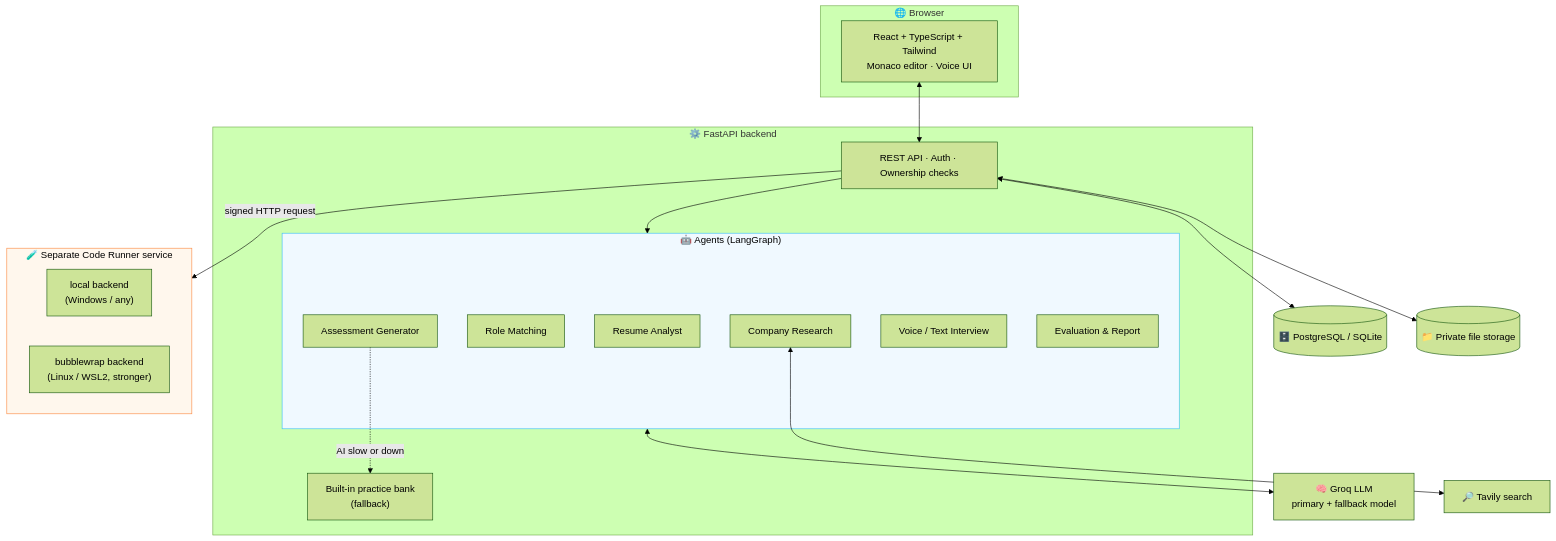
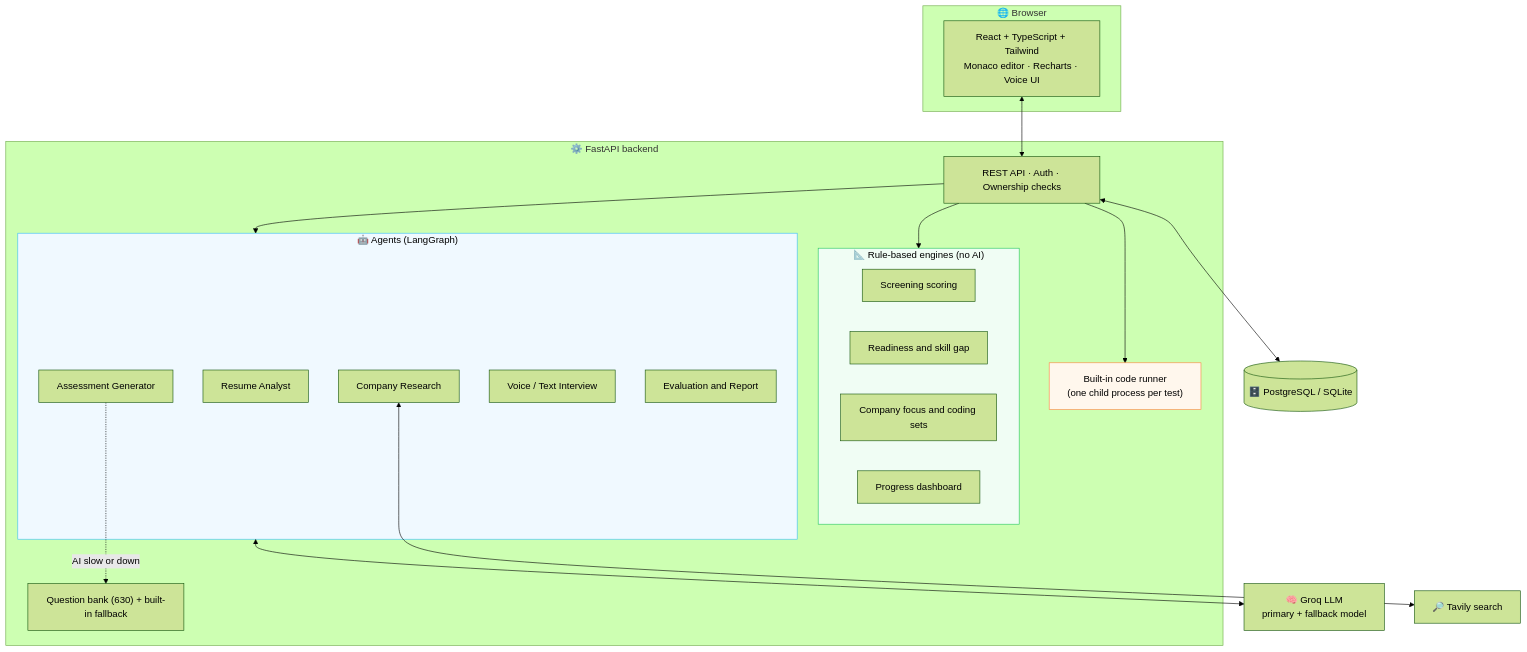
The third of 3 diagrams in README.md (saifullah857/interviewpilot-ai), drawn with Mermaid (forest theme) before and after one commit. The commit also changed other lines of this file, not shown here.

````diff
--- a/README.md
+++ b/README.md
@@ -168,36 +174,38 @@
 ```mermaid
 flowchart TB
     subgraph Browser["🌐 Browser"]
-        UI["React + TypeScript + Tailwind<br/>Monaco editor · Voice UI"]
+        UI["React + TypeScript + Tailwind<br/>Monaco editor · Recharts · Voice UI"]
     end
     subgraph Backend["⚙️ FastAPI backend"]
         API["REST API · Auth · Ownership checks"]
+        subgraph Rules["📐 Rule-based engines (no AI)"]
+            SC["Screening scoring"]
+            RD["Readiness and skill gap"]
+            FOC["Company focus and coding sets"]
+            DASH["Progress dashboard"]
+        end
         subgraph Agents["🤖 Agents (LangGraph)"]
             RA["Resume Analyst"]
-            RM["Role Matching"]
             CR["Company Research"]
             AG["Assessment Generator"]
             VI["Voice / Text Interview"]
-            EV["Evaluation & Report"]
+            EV["Evaluation and Report"]
         end
-        BANK["Built-in practice bank<br/>(fallback)"]
+        BANK["Question bank (630) + built-in fallback"]
+        RUN["Built-in code runner<br/>(one child process per test)"]
     end
     DB[("🗄️ PostgreSQL / SQLite")]
-    FILES[("📁 Private file storage")]
     GROQ["🧠 Groq LLM<br/>primary + fallback model"]
     TAVILY["🔎 Tavily search"]
-    subgraph Runner["🧪 Separate Code Runner service"]
-        LOCAL["local backend<br/>(Windows / any)"]
-        BWRAP["bubblewrap backend<br/>(Linux / WSL2, stronger)"]
-    end
     UI <--> API
+    API --> Rules
     API --> Agents
+    API --> RUN
     API <--> DB
-    API <--> FILES
     Agents <--> GROQ
     CR <--> TAVILY
     AG -.->|AI slow or down| BANK
-    API -->|signed HTTP request| Runner
-    style Runner fill:#fff7ed,stroke:#FB873F,color:#000
+    style Rules fill:#f0fdf4,stroke:#22c55e,color:#000
     style Agents fill:#f0f9ff,stroke:#38bdf8,color:#000
+    style RUN fill:#fff7ed,stroke:#FB873F,color:#000
 ```
````
